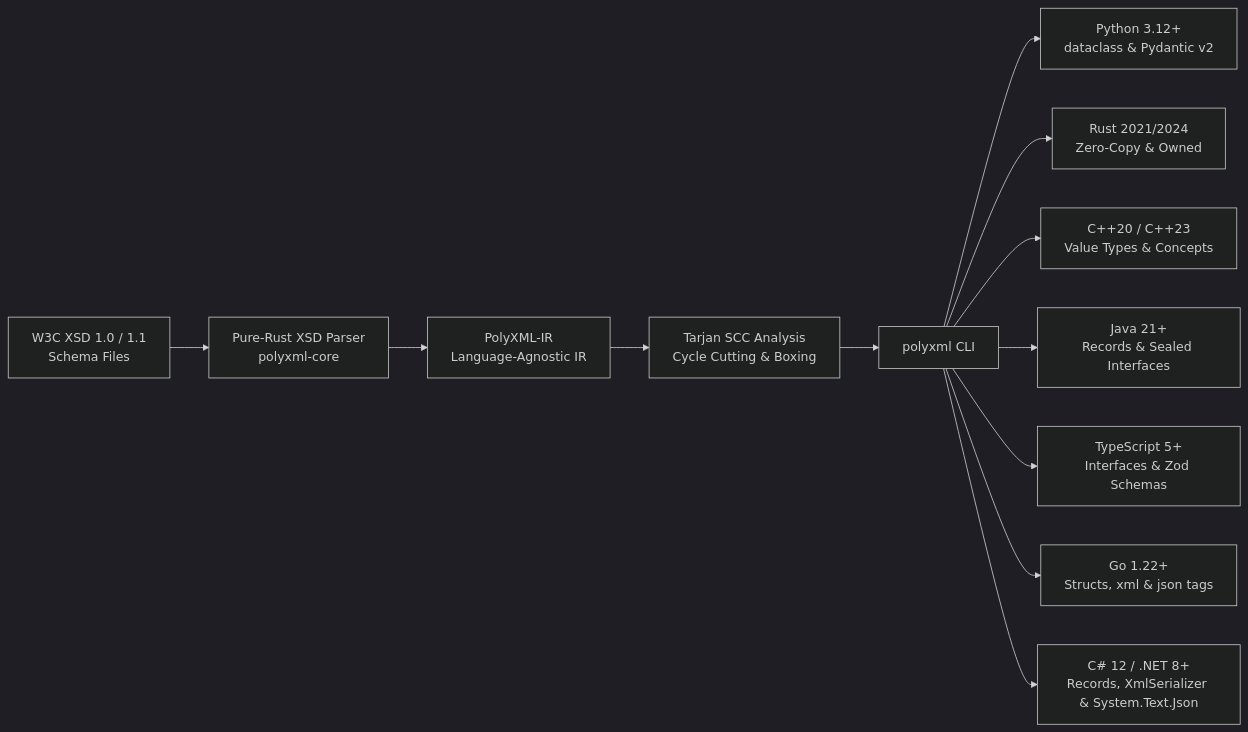
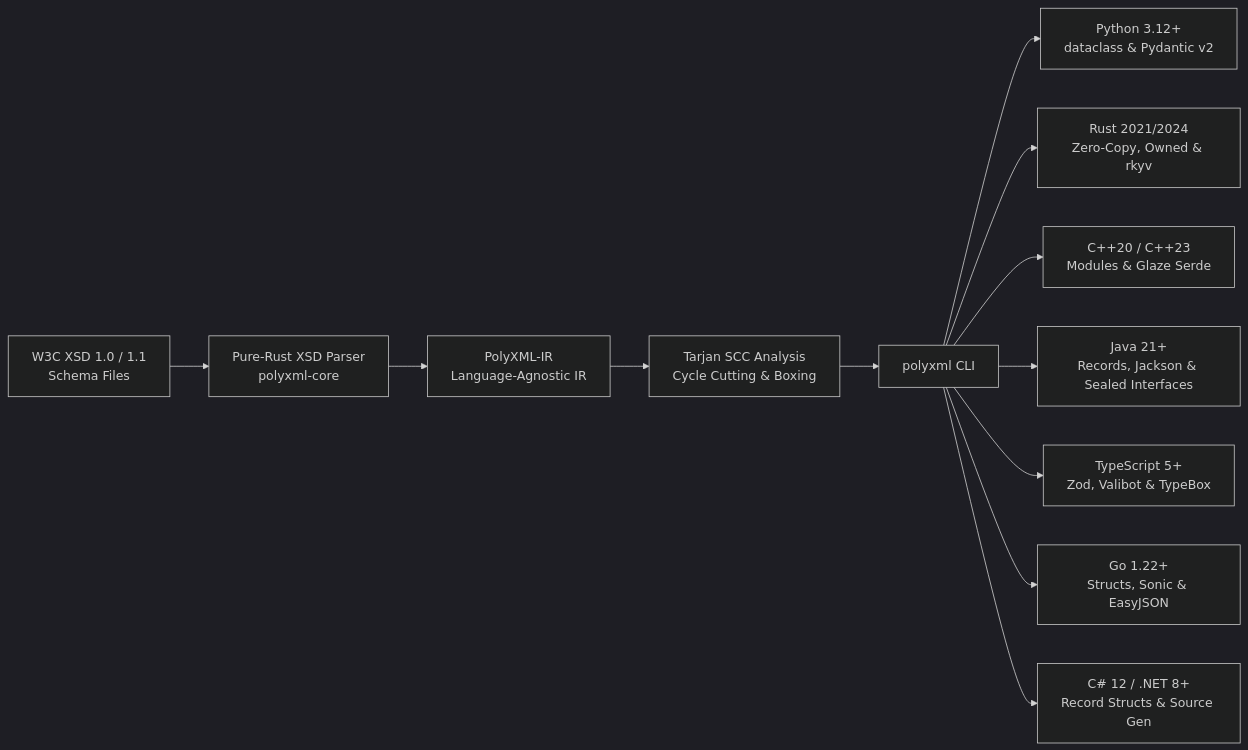
Before and after one commit to nth-bailey/PolyXML: the first of 2 diagrams in docs/index.md, drawn with Mermaid (dark theme). The commit also changed 5 other files, not shown here.

````diff
--- a/docs/index.md
+++ b/docs/index.md
@@ -72,14 +72,14 @@
 ```mermaid
 flowchart LR
     XSD[W3C XSD 1.0 / 1.1<br/>Schema Files] --> PARSER[Pure-Rust XSD Parser<br/>polyxml-core]
     PARSER --> IR[PolyXML-IR<br/>Language-Agnostic IR]
     IR --> TARJAN[Tarjan SCC Analysis<br/>Cycle Cutting & Boxing]
     TARJAN --> CLI[polyxml CLI]
     CLI --> PY[Python 3.12+<br/>dataclass & Pydantic v2]
-    CLI --> RS[Rust 2021/2024<br/>Zero-Copy & Owned]
-    CLI --> CPP2[C++20 / C++23<br/>Value Types & Concepts]
-    CLI --> JV[Java 21+<br/>Records & Sealed Interfaces]
-    CLI --> TS2[TypeScript 5+<br/>Interfaces & Zod Schemas]
-    CLI --> GO2[Go 1.22+<br/>Structs, xml & json tags]
-    CLI --> CS[C# 12 / .NET 8+<br/>Records, XmlSerializer & System.Text.Json]
+    CLI --> RS[Rust 2021/2024<br/>Zero-Copy, Owned & rkyv]
+    CLI --> CPP2[C++20 / C++23<br/>Modules & Glaze Serde]
+    CLI --> JV[Java 21+<br/>Records, Jackson & Sealed Interfaces]
+    CLI --> TS2[TypeScript 5+<br/>Zod, Valibot & TypeBox]
+    CLI --> GO2[Go 1.22+<br/>Structs, Sonic & EasyJSON]
+    CLI --> CS[C# 12 / .NET 8+<br/>Record Structs & Source Gen]
 ```
````
